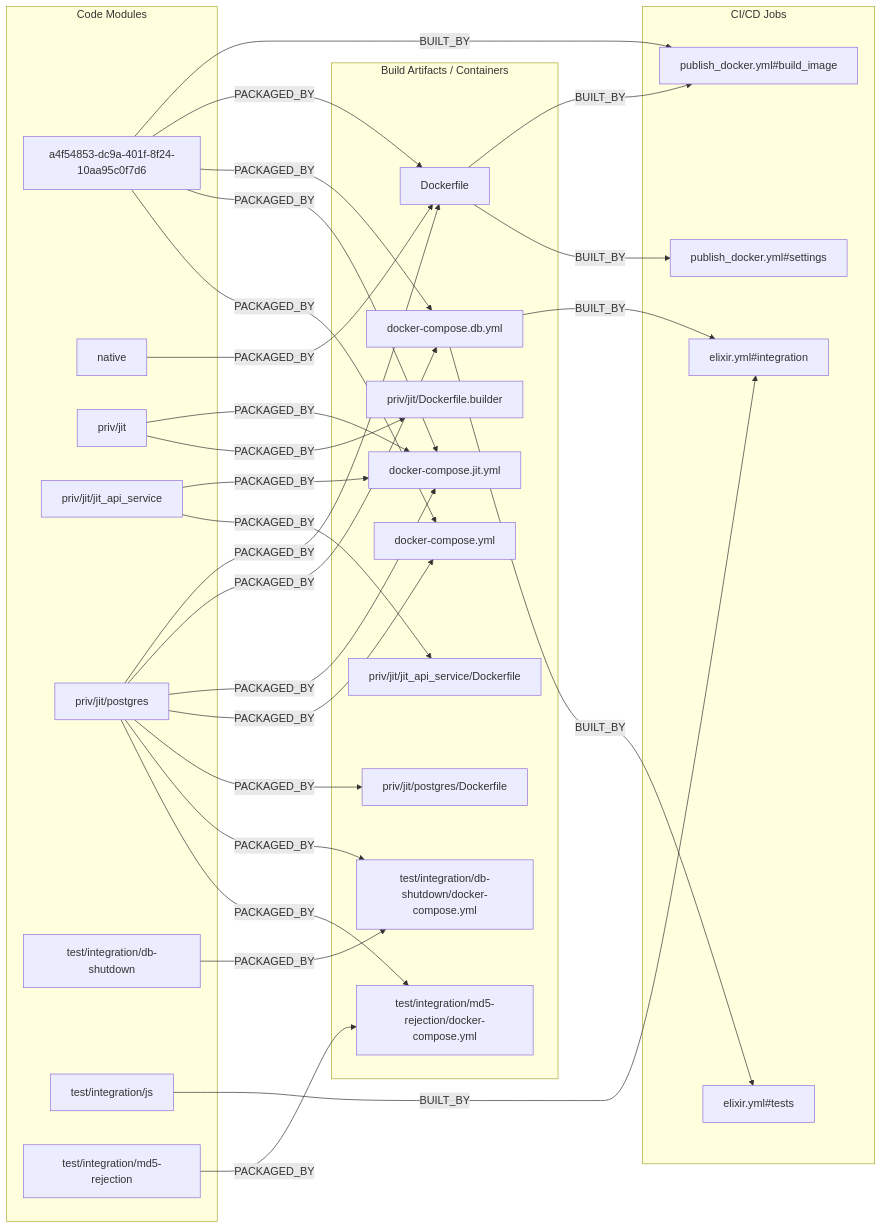
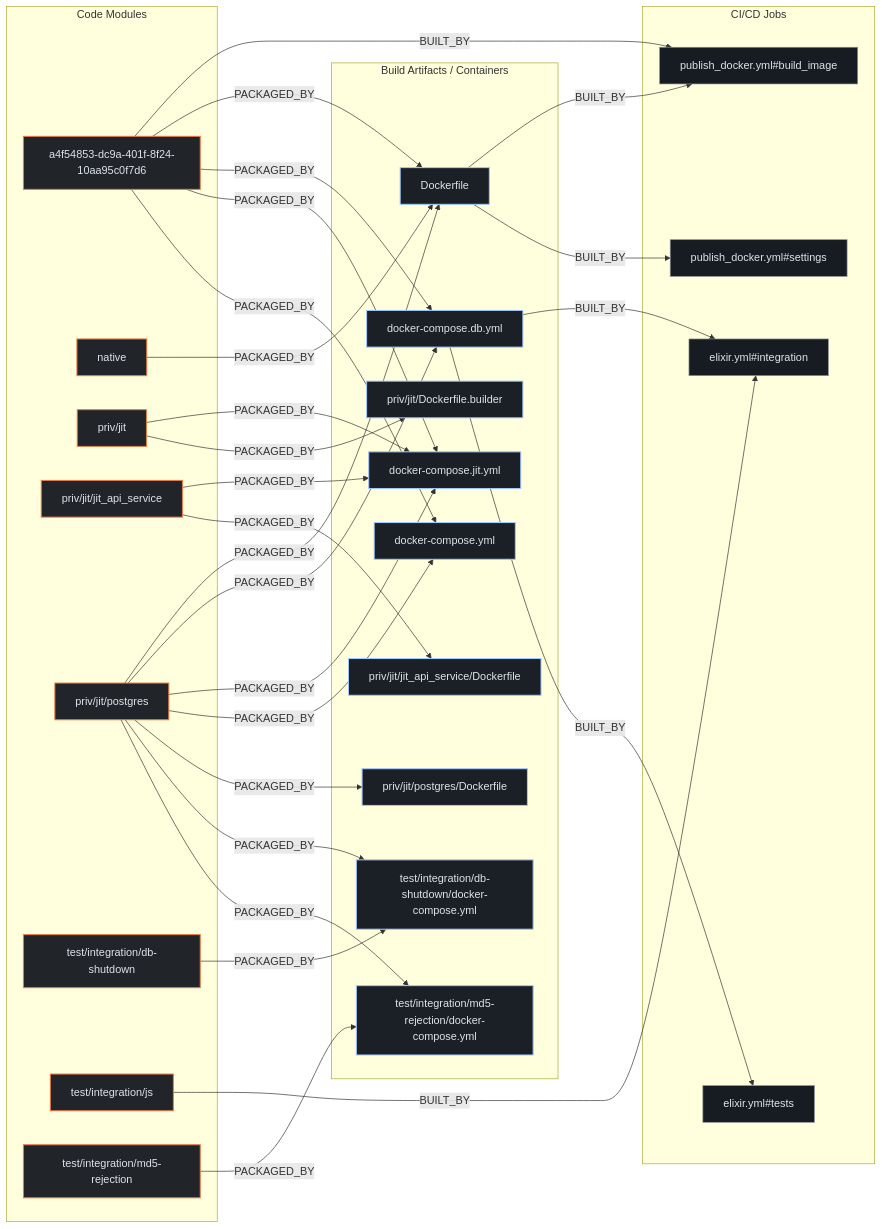
Before and after one commit to kumarshaz/atruss-code-atlas: the second of 3 diagrams in exports/latest/reports/supabase-supavisor-report.md, drawn with Mermaid. The commit also changed other lines of this file and 331 other files, not shown here.

Commit message:
docs,ui,fix: update SDLC docs, reorder CI/CD DAG first, stylize Mermaid, and fix Arc42 pipeline topology

````diff
--- a/exports/latest/reports/supabase-supavisor-report.md
+++ b/exports/latest/reports/supabase-supavisor-report.md
@@ -213,54 +220,58 @@
 ```mermaid
 flowchart LR
+    classDef atlasCategory fill:#212428,stroke:#E87A48,stroke-width:1.5px,color:#dfe3eb
+    classDef atlasWorkflow fill:#1b2026,stroke:#a3c9ff,stroke-width:1.5px,color:#dfe3eb
+    classDef atlasJob fill:#171c22,stroke:#8d9199,stroke-width:1px,color:#dfe3eb
+    classDef atlasTarget fill:#005227,stroke:#8bd99b,stroke-width:1.5px,color:#a7f6b6
     subgraph code_modules["Code Modules"]
-        mod_a4f54853_dc9a_401f_8f24_10aa95c0f7d6["a4f54853-dc9a-401f-8f24-10aa95c0f7d6"]
-        mod_native["native"]
-        mod_priv_jit["priv/jit"]
-        mod_priv_jit_jit_api_service["priv/jit/jit_api_service"]
-        mod_priv_jit_postgres["priv/jit/postgres"]
-        mod_test_integration_db_shutdown["test/integration/db-shutdown"]
-        mod_test_integration_js["test/integration/js"]
-        mod_test_integration_md5_rejection["test/integration/md5-rejection"]
+        mod_a4f54853_dc9a_401f_8f24_10aa95c0f7d6["a4f54853-dc9a-401f-8f24-10aa95c0f7d6"]:::atlasCategory
+        mod_native["native"]:::atlasCategory
+        mod_priv_jit["priv/jit"]:::atlasCategory
+        mod_priv_jit_jit_api_service["priv/jit/jit_api_service"]:::atlasCategory
+        mod_priv_jit_postgres["priv/jit/postgres"]:::atlasCategory
+        mod_test_integration_db_shutdown["test/integration/db-shutdown"]:::atlasCategory
+        mod_test_integration_js["test/integration/js"]:::atlasCategory
+        mod_test_integration_md5_rejection["test/integration/md5-rejection"]:::atlasCategory
     end
     subgraph build_artifacts["Build Artifacts / Containers"]
-        art_Dockerfile["Dockerfile"]
-        art_docker_compose_db_yml["docker-compose.db.yml"]
-        art_docker_compose_jit_yml["docker-compose.jit.yml"]
-        art_docker_compose_yml["docker-compose.yml"]
-        art_priv_jit_Dockerfile_builder["priv/jit/Dockerfile.builder"]
-        art_priv_jit_jit_api_service_Dockerfile["priv/jit/jit_api_service/Dockerfile"]
-        art_priv_jit_postgres_Dockerfile["priv/jit/postgres/Dockerfile"]
-        art_test_integration_db_shutdown_docker_compose_yml["test/integration/db-shutdown/docker-compose.yml"]
-        art_test_integration_md5_rejection_docker_compose_yml["test/integration/md5-rejection/docker-compose.yml"]
+        art_Dockerfile["Dockerfile"]:::atlasWorkflow
+        art_docker_compose_db_yml["docker-compose.db.yml"]:::atlasWorkflow
+        art_docker_compose_jit_yml["docker-compose.jit.yml"]:::atlasWorkflow
+        art_docker_compose_yml["docker-compose.yml"]:::atlasWorkflow
+        art_priv_jit_Dockerfile_builder["priv/jit/Dockerfile.builder"]:::atlasWorkflow
+        art_priv_jit_jit_api_service_Dockerfile["priv/jit/jit_api_service/Dockerfile"]:::atlasWorkflow
+        art_priv_jit_postgres_Dockerfile["priv/jit/postgres/Dockerfile"]:::atlasWorkflow
+        art_test_integration_db_shutdown_docker_compose_yml["test/integration/db-shutdown/docker-compose.yml"]:::atlasWorkflow
+        art_test_integration_md5_rejection_docker_compose_yml["test/integration/md5-rejection/docker-compose.yml"]:::atlasWorkflow
     end
     subgraph ci_jobs["CI/CD Jobs"]
-        job_elixir_yml_integration["elixir.yml#integration"]
-        job_elixir_yml_tests["elixir.yml#tests"]
-        job_publish_docker_yml_build_image["publish_docker.yml#build_image"]
-        job_publish_docker_yml_settings["publish_docker.yml#settings"]
+        job_elixir_yml_integration["elixir.yml#integration"]:::atlasJob
+        job_elixir_yml_tests["elixir.yml#tests"]:::atlasJob
+        job_publish_docker_yml_build_image["publish_docker.yml#build_image"]:::atlasJob
+        job_publish_docker_yml_settings["publish_docker.yml#settings"]:::atlasJob
     end
     mod_a4f54853_dc9a_401f_8f24_10aa95c0f7d6 -->|BUILT_BY| job_publish_docker_yml_build_image
     mod_a4f54853_dc9a_401f_8f24_10aa95c0f7d6 -->|PACKAGED_BY| art_Dockerfile
     mod_a4f54853_dc9a_401f_8f24_10aa95c0f7d6 -->|PACKAGED_BY| art_docker_compose_db_yml
     mod_a4f54853_dc9a_401f_8f24_10aa95c0f7d6 -->|PACKAGED_BY| art_docker_compose_jit_yml
     mod_a4f54853_dc9a_401f_8f24_10aa95c0f7d6 -->|PACKAGED_BY| art_docker_compose_yml
     mod_native -->|PACKAGED_BY| art_Dockerfile
     mod_priv_jit -->|PACKAGED_BY| art_docker_compose_jit_yml
     mod_priv_jit -->|PACKAGED_BY| art_priv_jit_Dockerfile_builder
     mod_priv_jit_jit_api_service -->|PACKAGED_BY| art_docker_compose_jit_yml
     mod_priv_jit_jit_api_service -->|PACKAGED_BY| art_priv_jit_jit_api_service_Dockerfile
     mod_priv_jit_postgres -->|PACKAGED_BY| art_Dockerfile
     mod_priv_jit_postgres -->|PACKAGED_BY| art_docker_compose_db_yml
     mod_priv_jit_postgres -->|PACKAGED_BY| art_docker_compose_jit_yml
     mod_priv_jit_postgres -->|PACKAGED_BY| art_docker_compose_yml
     mod_priv_jit_postgres -->|PACKAGED_BY| art_priv_jit_postgres_Dockerfile
     mod_priv_jit_postgres -->|PACKAGED_BY| art_test_integration_db_shutdown_docker_compose_yml
     mod_priv_jit_postgres -->|PACKAGED_BY| art_test_integration_md5_rejection_docker_compose_yml
     mod_test_integration_db_shutdown -->|PACKAGED_BY| art_test_integration_db_shutdown_docker_compose_yml
     mod_test_integration_js -->|BUILT_BY| job_elixir_yml_integration
     mod_test_integration_md5_rejection -->|PACKAGED_BY| art_test_integration_md5_rejection_docker_compose_yml
     art_Dockerfile -->|BUILT_BY| job_publish_docker_yml_build_image
     art_Dockerfile -->|BUILT_BY| job_publish_docker_yml_settings
     art_docker_compose_db_yml -->|BUILT_BY| job_elixir_yml_integration
     art_docker_compose_db_yml -->|BUILT_BY| job_elixir_yml_tests
 ```
````
